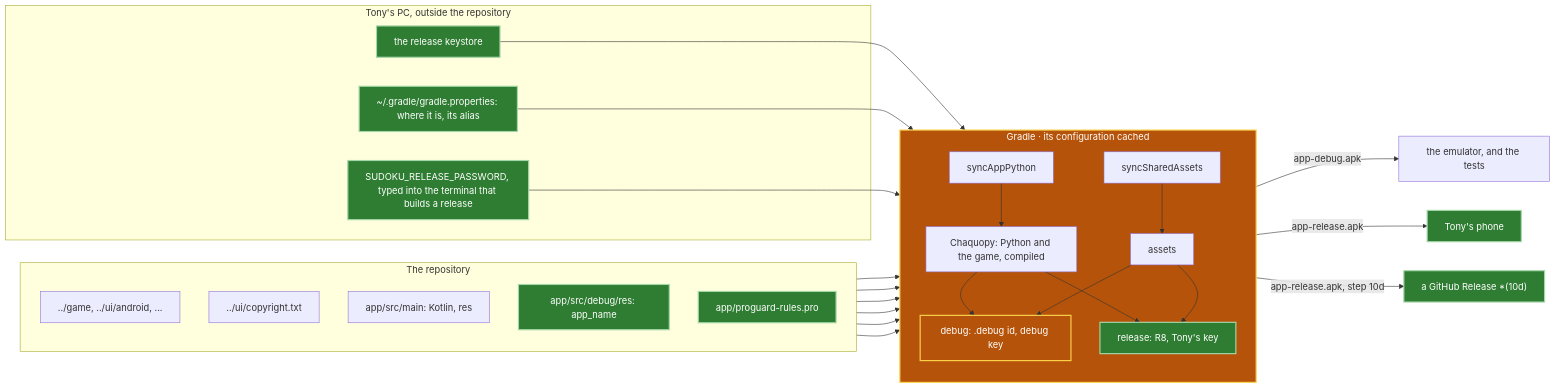
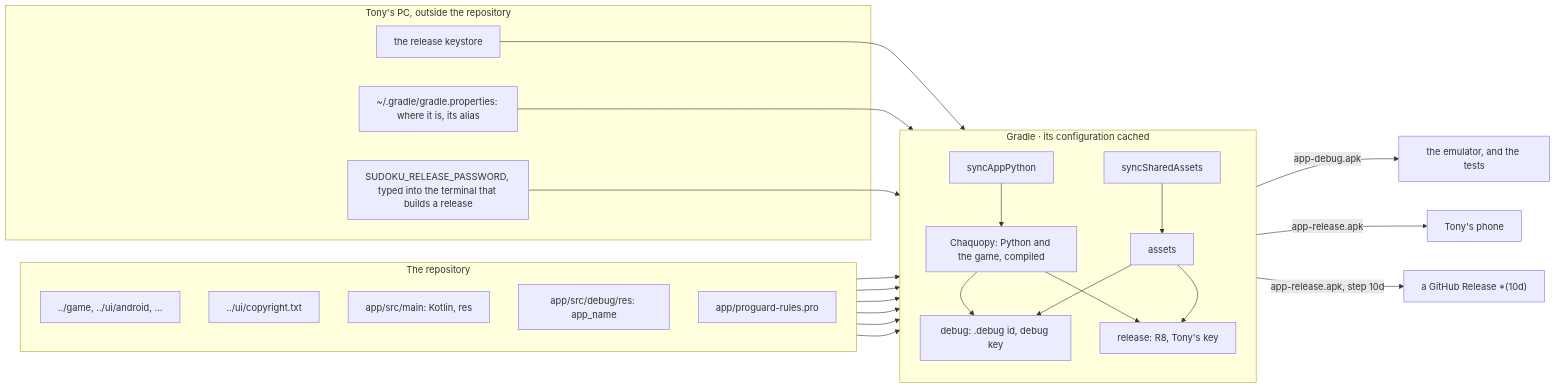
One commit to aivanov61/sudoku-solver changed diagram 19 of 19 in android/docs/architecture.md. Above: the diagram before and after it, drawn with Mermaid. The commit also changed other lines of this file and 15 other files, not shown here.

````diff
--- a/android/docs/architecture.md
+++ b/android/docs/architecture.md
@@ -716,47 +808,43 @@
 ```mermaid
 flowchart LR
     subgraph Repo["The repository"]
         direction TB
         Python["../game, ../ui/android, ..."]
         Copyright["../ui/copyright.txt"]
         Kotlin["app/src/main: Kotlin, res"]
         DebugRes["app/src/debug/res: app_name"]
         Rules["app/proguard-rules.pro"]
     end
 
     subgraph Gradle["Gradle · its configuration cached"]
         direction TB
         syncAppPython --> Chaquopy["Chaquopy: Python and the game, compiled"]
         syncSharedAssets --> Assets["assets"]
         Debug["debug: .debug id, debug key"]
         Release["release: R8, Tony's key"]
     end
 
     subgraph Keys["Tony's PC, outside the repository"]
         Keystore["the release keystore"]
         Props["~/.gradle/gradle.properties: where it is, its alias"]
         Password["SUDOKU_RELEASE_PASSWORD, typed into the terminal that builds a release"]
     end
 
     Python --> syncAppPython
     Copyright --> syncSharedAssets
     Kotlin --> Debug
     Kotlin --> Release
     DebugRes --> Debug
     Rules --> Release
     Chaquopy --> Debug
     Chaquopy --> Release
     Assets --> Debug
     Assets --> Release
     Keystore --> Release
     Props --> Release
     Password --> Release
     Debug -- "app-debug.apk" --> Emulator["the emulator, and the tests"]
     Release -- "app-release.apk" --> Phone["Tony's phone"]
     Release -- "app-release.apk, step 10d" --> GitHub["a GitHub Release *(10d)"]
 
-    classDef new fill:#2e7d32,stroke:#a5d6a7,stroke-width:2px,color:#ffffff
-    classDef changed fill:#b45309,stroke:#fcd34d,stroke-width:2px,color:#ffffff
-    class DebugRes,Rules,Release,Keystore,Props,Password,Phone,GitHub new
-    class Gradle,Debug changed
 ```
````
